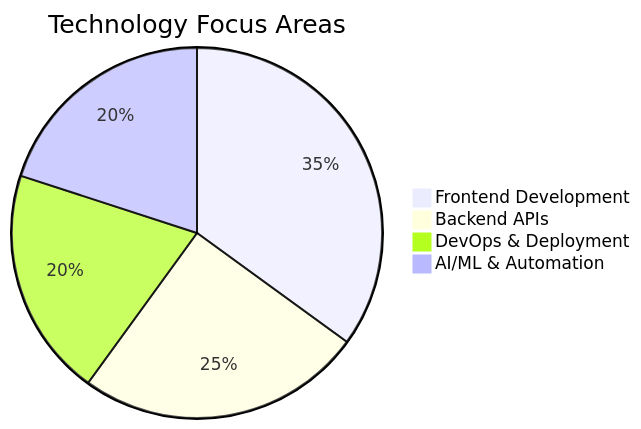
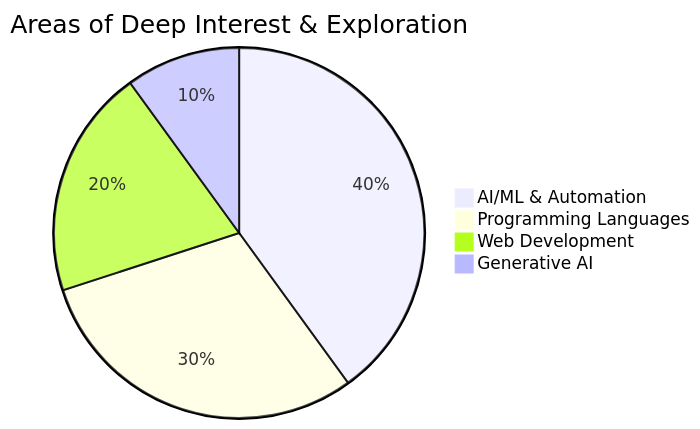
Before and after one commit to aditya25shah/aditya25shah: the third of 3 diagrams in README.md, drawn with Mermaid. The commit also changed other lines of this file, not shown here.

````diff
--- a/README.md
+++ b/README.md
@@ -54,7 +53,7 @@
 ```mermaid
-pie title Technology Focus Areas
-    "Frontend Development" : 35
-    "Backend APIs" : 25
-    "DevOps & Deployment" : 20
-    "AI/ML & Automation" : 20
+pie title Areas of Deep Interest & Exploration
+    "AI/ML & Automation" : 40
+    "Programming Languages" : 30
+    "Web Development" : 20
+    "Generative AI" : 10
 ```
````
